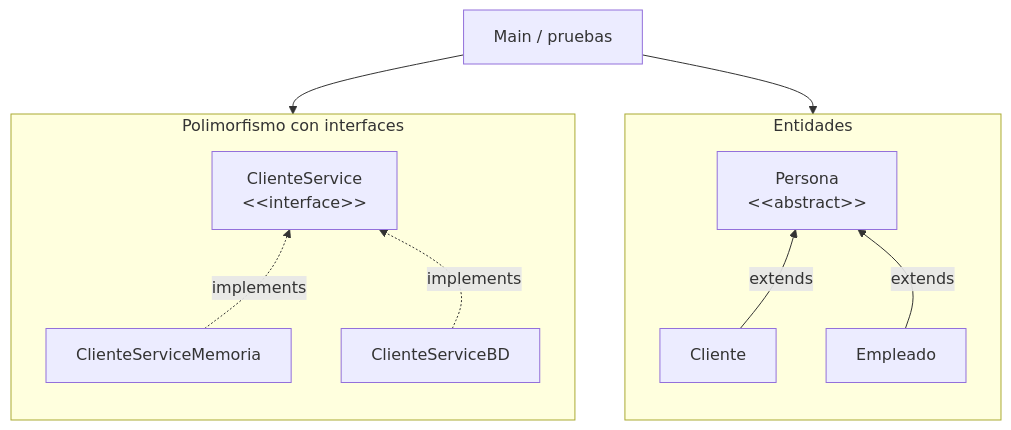
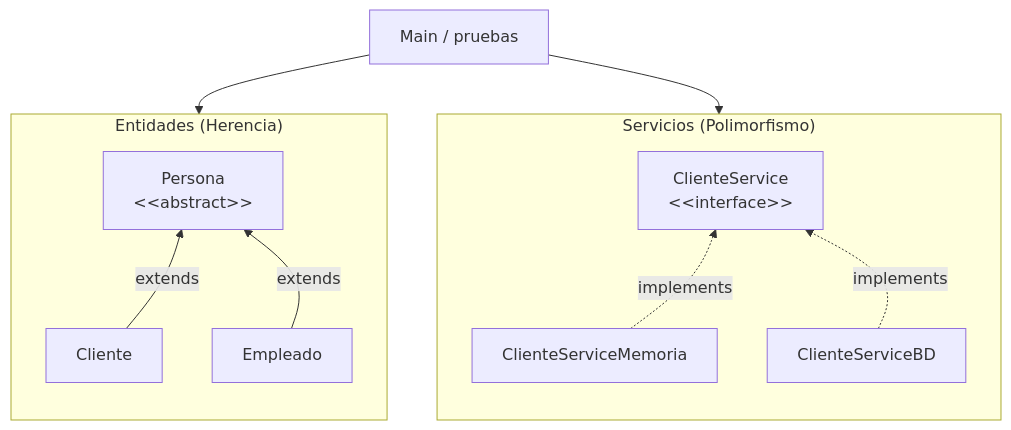
The diagram in docs/S04_Herencia_Polimorfismo.md (262poo/comarket), drawn with Mermaid before and after one commit. The commit also changed 4 other files, not shown here.

````diff
--- a/docs/S04_Herencia_Polimorfismo.md
+++ b/docs/S04_Herencia_Polimorfismo.md
@@ -63,29 +63,29 @@
 ```mermaid
 flowchart TB
-    subgraph Entidades["Entidades"]
-        direction TB
-        Base["Persona<br/>&lt;&lt;abstract&gt;&gt;"]
-        SubA["Cliente"]
-        SubB["Empleado"]
-    end
+    Main["Main / pruebas"]
 
-    subgraph Polimorfismo["Polimorfismo con interfaces"]
+    subgraph Polimorfismo["Servicios (Polimorfismo)"]
         direction TB
         Contrato["ClienteService<br/>&lt;&lt;interface&gt;&gt;"]
         ImplementacionMemoria["ClienteServiceMemoria"]
         ImplementacionBD["ClienteServiceBD"]
     end
 
-    Main["Main / pruebas"]
+    subgraph Entidades["Entidades (Herencia)"]
+        direction TB
+        Base["Persona<br/>&lt;&lt;abstract&gt;&gt;"]
+        SubA["Cliente"]
+        SubB["Empleado"]
+    end
 
     Base ~~~ SubA
     Base ~~~ SubB
     SubA -- extends --> Base
     SubB -- extends --> Base
     Contrato ~~~ ImplementacionMemoria
     Contrato ~~~ ImplementacionBD
     ImplementacionMemoria -. implements .-> Contrato
     ImplementacionBD -. implements .-> Contrato
     Main --> Base
     Main --> Contrato
 ```
````
